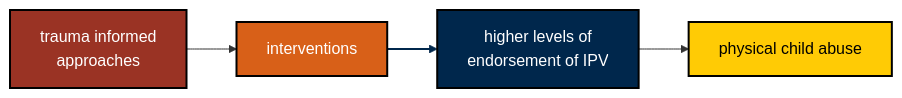
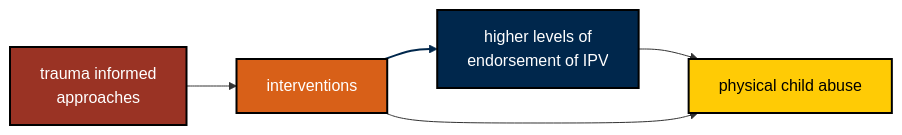
The fifth of 5 diagrams in spillover-of-violence/spillover-of-violence.qmd (agrogan1/closeread), drawn with Mermaid before and after one commit. The commit also changed 1 other file, not shown here.

Commit message:
THIRD MAJOR COMMIT

````diff
--- a/spillover-of-violence/spillover-of-violence.qmd
+++ b/spillover-of-violence/spillover-of-violence.qmd
@@ -213,21 +213,23 @@
 ```{mermaid}
 flowchart LR
   %% Nodes %%
   classDef maize fill:#FFCB05,stroke:#000000,stroke-width:2px,color:#000000;
   
   classDef blue fill:#00274C,stroke:#000000,stroke-width:2px,color:#FFFFFF;
   
   classDef orange fill:#D86018,stroke:#000000,stroke-width:2px,color:#FFFFFF;
   
   classDef red fill:#9A3324,stroke:#000000,stroke-width:2px,color:#FFFFFF;
 
   interventions:::orange --> IPV[higher levels of \nendorsement of IPV]:::blue
   
   IPV --> pabuse[physical child abuse]:::maize
   
+  interventions --> pabuse
+  
   trauma[trauma informed \napproaches]:::red --> interventions
   
   %% Links %%
   linkStyle 0 stroke:#00274C,stroke-width:2px,color:red;
 
 ```
````
